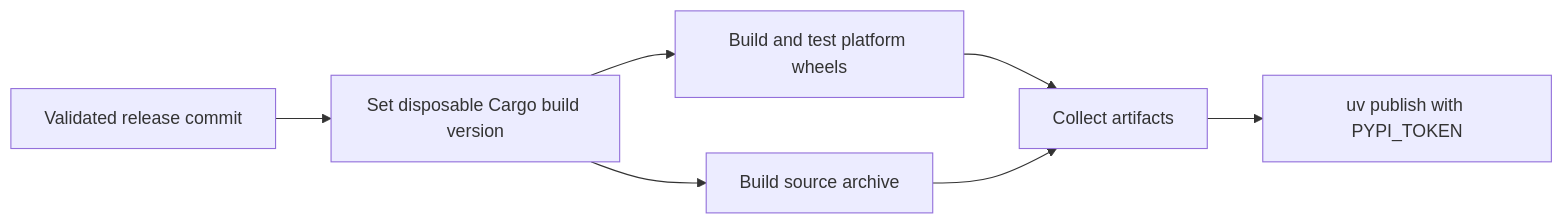
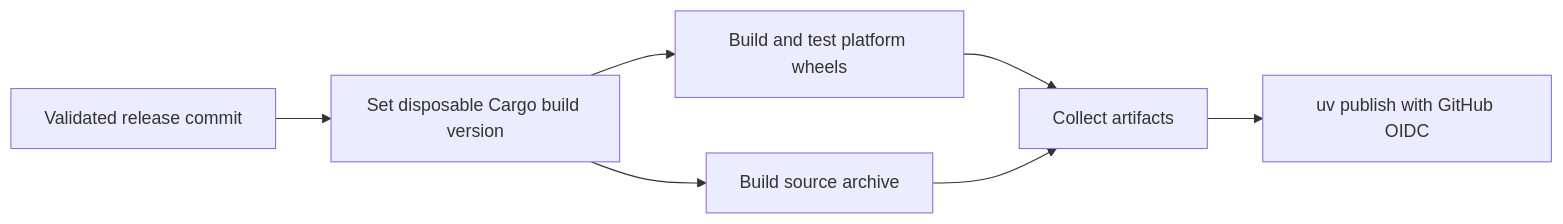
The diagram in python/README.md (narumiruna/changenote), drawn with Mermaid before and after one commit. The commit also changed other lines of this file and 6 other files, not shown here.

Commit message:
fix(ci): resolve GitHub workflow security findings

````diff
--- a/python/README.md
+++ b/python/README.md
@@ -48,9 +48,9 @@
 ```mermaid
 flowchart LR
     A[Validated release commit] --> B[Set disposable Cargo build version]
     B --> C[Build and test platform wheels]
     B --> D[Build source archive]
     C --> E[Collect artifacts]
     D --> E
-    E --> F[uv publish with PYPI_TOKEN]
+    E --> F[uv publish with GitHub OIDC]
 ```
````
